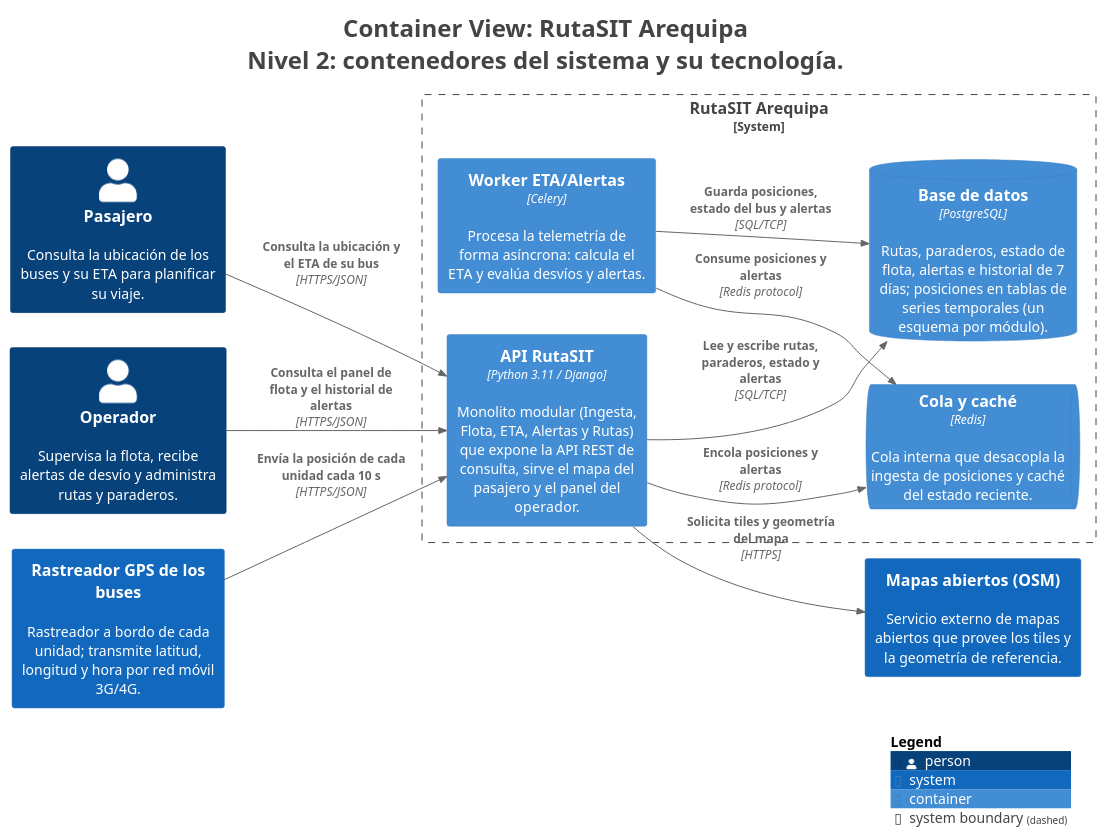
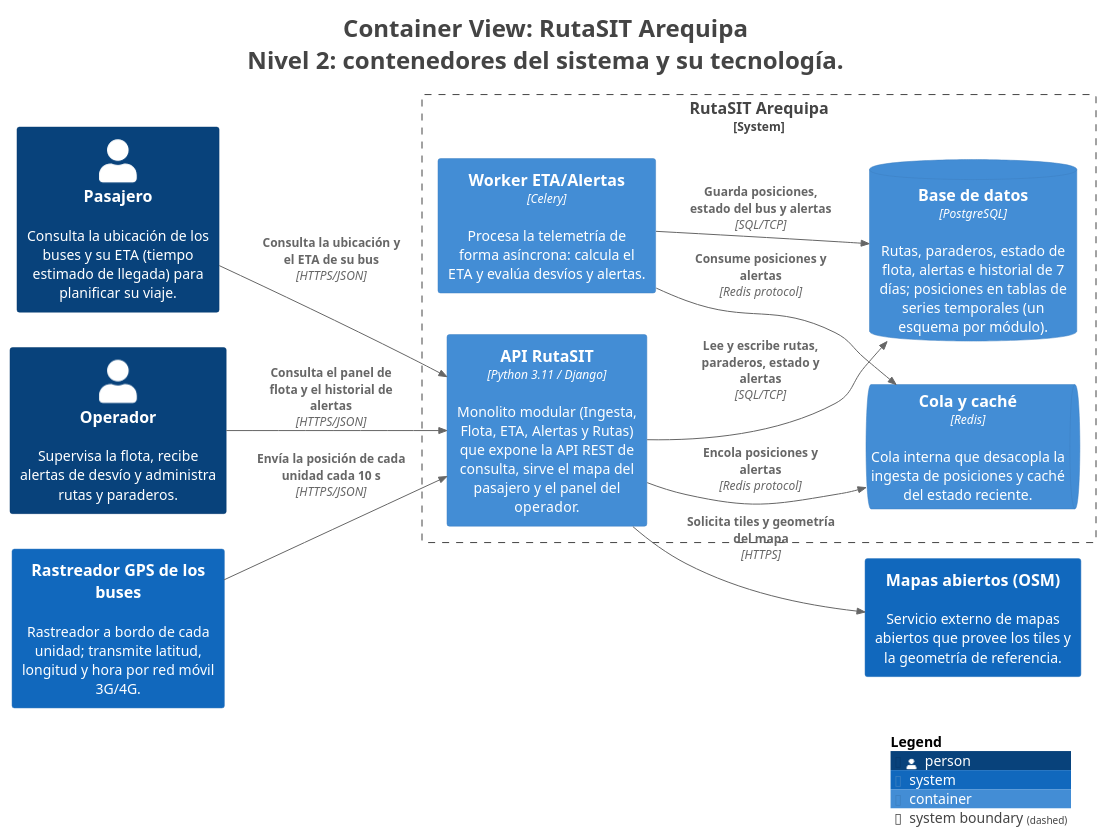
One commit to F4brici0L4yme/cs-2026b-lab04-grupo-b changed the diagram in lab06/docs/architecture/c4/export/structurizr-Contenedores.puml. Above: the diagram before and after it, drawn with PlantUML. The commit also changed 18 other files, not shown here.

```diff
--- a/lab06/docs/architecture/c4/export/structurizr-Contenedores.puml
+++ b/lab06/docs/architecture/c4/export/structurizr-Contenedores.puml
@@ -1,41 +1,41 @@
 @startuml
 title <size:24>Container View: RutaSIT Arequipa</size>\n<size:24>Nivel 2: contenedores del sistema y su tecnología.</size>
 
 set separator none
 left to right direction
 
 <style>
   root {
     BackgroundColor: #ffffff
     FontColor: #444444
   }
 </style>
 
 !include <C4/C4>
 !include <C4/C4_Context>
 !include <C4/C4_Container>
 
-Person(Pasajero, "Pasajero", $descr="Consulta la ubicación de los buses y su ETA para planificar su viaje.", $tags="", $link="")
+Person(Pasajero, "Pasajero", $descr="Consulta la ubicación de los buses y su ETA (tiempo estimado de llegada) para planificar su viaje.", $tags="", $link="")
 Person(Operador, "Operador", $descr="Supervisa la flota, recibe alertas de desvío y administra rutas y paraderos.", $tags="", $link="")
 System(RastreadorGPSdelosbuses, "Rastreador GPS de los buses", $descr="Rastreador a bordo de cada unidad; transmite latitud, longitud y hora por red móvil 3G/4G.", $tags="", $link="")
 System(MapasabiertosOSM, "Mapas abiertos (OSM)", $descr="Servicio externo de mapas abiertos que provee los tiles y la geometría de referencia.", $tags="", $link="")
 
 System_Boundary("RutaSITArequipa_boundary", "RutaSIT Arequipa", $tags="") {
   Container(RutaSITArequipa.WorkerETAAlertas, "Worker ETA/Alertas", $techn="Celery", $descr="Procesa la telemetría de forma asíncrona: calcula el ETA y evalúa desvíos y alertas.", $tags="", $link="")
   ContainerQueue(RutaSITArequipa.Colaycaché, "Cola y caché", $techn="Redis", $descr="Cola interna que desacopla la ingesta de posiciones y caché del estado reciente.", $tags="", $link="")
   ContainerDb(RutaSITArequipa.Basededatos, "Base de datos", $techn="PostgreSQL", $descr="Rutas, paraderos, estado de flota, alertas e historial de 7 días; posiciones en tablas de series temporales (un esquema por módulo).", $tags="", $link="")
   Container(RutaSITArequipa.APIRutaSIT, "API RutaSIT", $techn="Python 3.11 / Django", $descr="Monolito modular (Ingesta, Flota, ETA, Alertas y Rutas) que expone la API REST de consulta, sirve el mapa del pasajero y el panel del operador.", $tags="", $link="")
 }
 
 Rel(Pasajero, RutaSITArequipa.APIRutaSIT, "Consulta la ubicación y el ETA de su bus", $techn="HTTPS/JSON", $tags="", $link="")
 Rel(Operador, RutaSITArequipa.APIRutaSIT, "Consulta el panel de flota y el historial de alertas", $techn="HTTPS/JSON", $tags="", $link="")
 Rel(RastreadorGPSdelosbuses, RutaSITArequipa.APIRutaSIT, "Envía la posición de cada unidad cada 10 s", $techn="HTTPS/JSON", $tags="", $link="")
 Rel(RutaSITArequipa.APIRutaSIT, RutaSITArequipa.Colaycaché, "Encola posiciones y alertas", $techn="Redis protocol", $tags="", $link="")
 Rel(RutaSITArequipa.WorkerETAAlertas, RutaSITArequipa.Colaycaché, "Consume posiciones y alertas", $techn="Redis protocol", $tags="", $link="")
 Rel(RutaSITArequipa.APIRutaSIT, RutaSITArequipa.Basededatos, "Lee y escribe rutas, paraderos, estado y alertas", $techn="SQL/TCP", $tags="", $link="")
 Rel(RutaSITArequipa.WorkerETAAlertas, RutaSITArequipa.Basededatos, "Guarda posiciones, estado del bus y alertas", $techn="SQL/TCP", $tags="", $link="")
 Rel(RutaSITArequipa.APIRutaSIT, MapasabiertosOSM, "Solicita tiles y geometría del mapa", $techn="HTTPS", $tags="", $link="")
 
 SHOW_LEGEND(true)
 hide stereotypes
 @enduml
```
